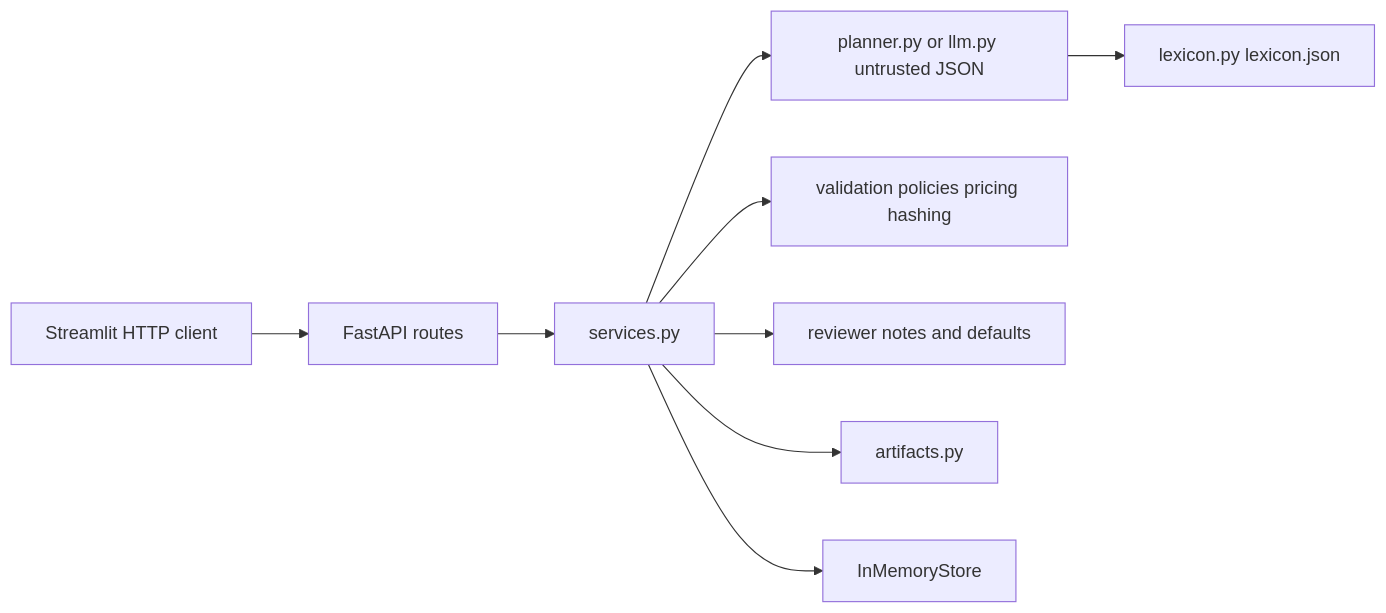
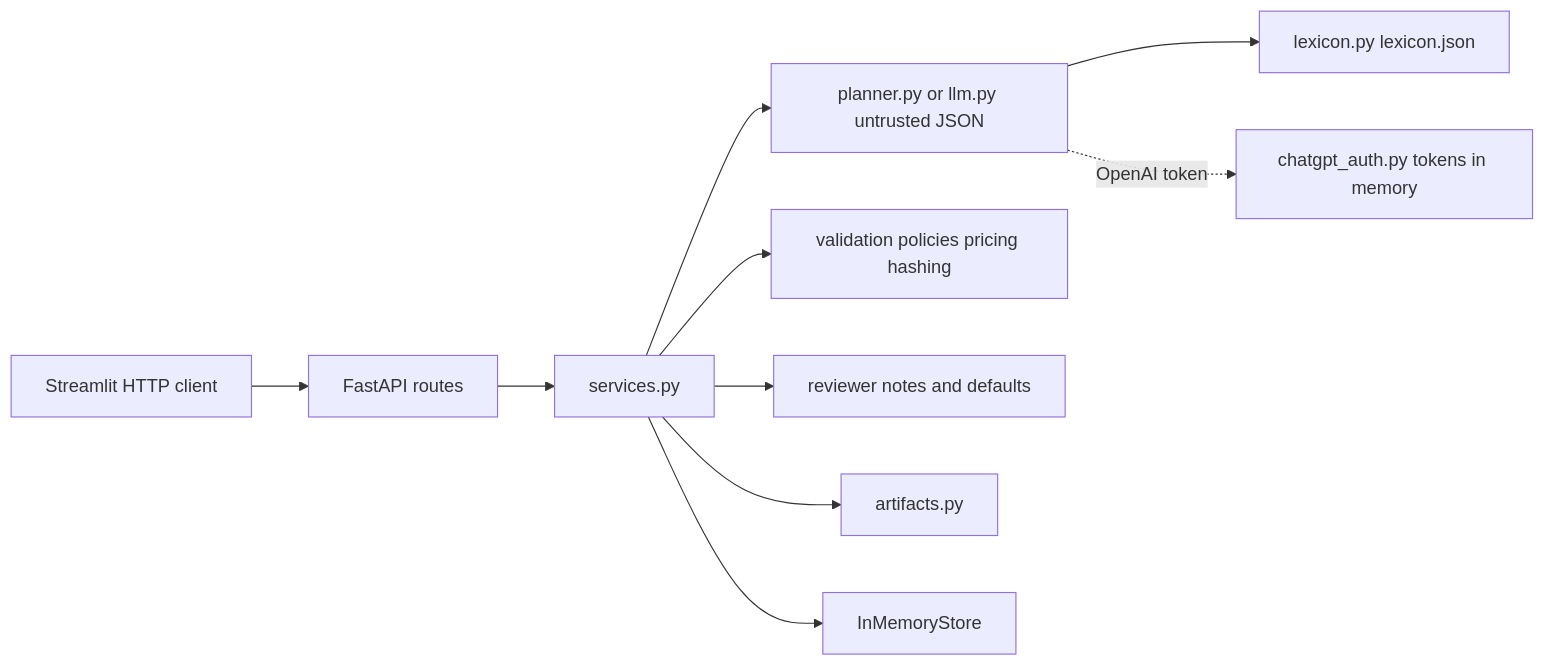
The first of 2 diagrams in ARCHITECTURE.md (maharatha/Prompt2Provisioning), drawn with Mermaid before and after one commit. The commit also changed other lines of this file and 2 other files, not shown here.

Commit message:
Bring AGENTS.md, ARCHITECTURE.md, and the README up to date with MySQL, the configurable policy file, the full price catalog, the decision and catalog routes, the ChatGPT sign-in, and the redacted callback log.

````diff
--- a/ARCHITECTURE.md
+++ b/ARCHITECTURE.md
@@ -54,11 +55,12 @@
 ```mermaid
 flowchart LR
   UI["Streamlit HTTP client"] --> API["FastAPI routes"]
   API --> Svc["services.py"]
   Svc --> Planner["planner.py or llm.py untrusted JSON"]
   Planner --> Lexicon["lexicon.py lexicon.json"]
+  Planner -.->|"OpenAI token"| Auth["chatgpt_auth.py tokens in memory"]
   Svc --> Det["validation policies pricing hashing"]
   Svc --> Notes["reviewer notes and defaults"]
   Svc --> Art["artifacts.py"]
   Svc --> Store["InMemoryStore"]
 ```
````
